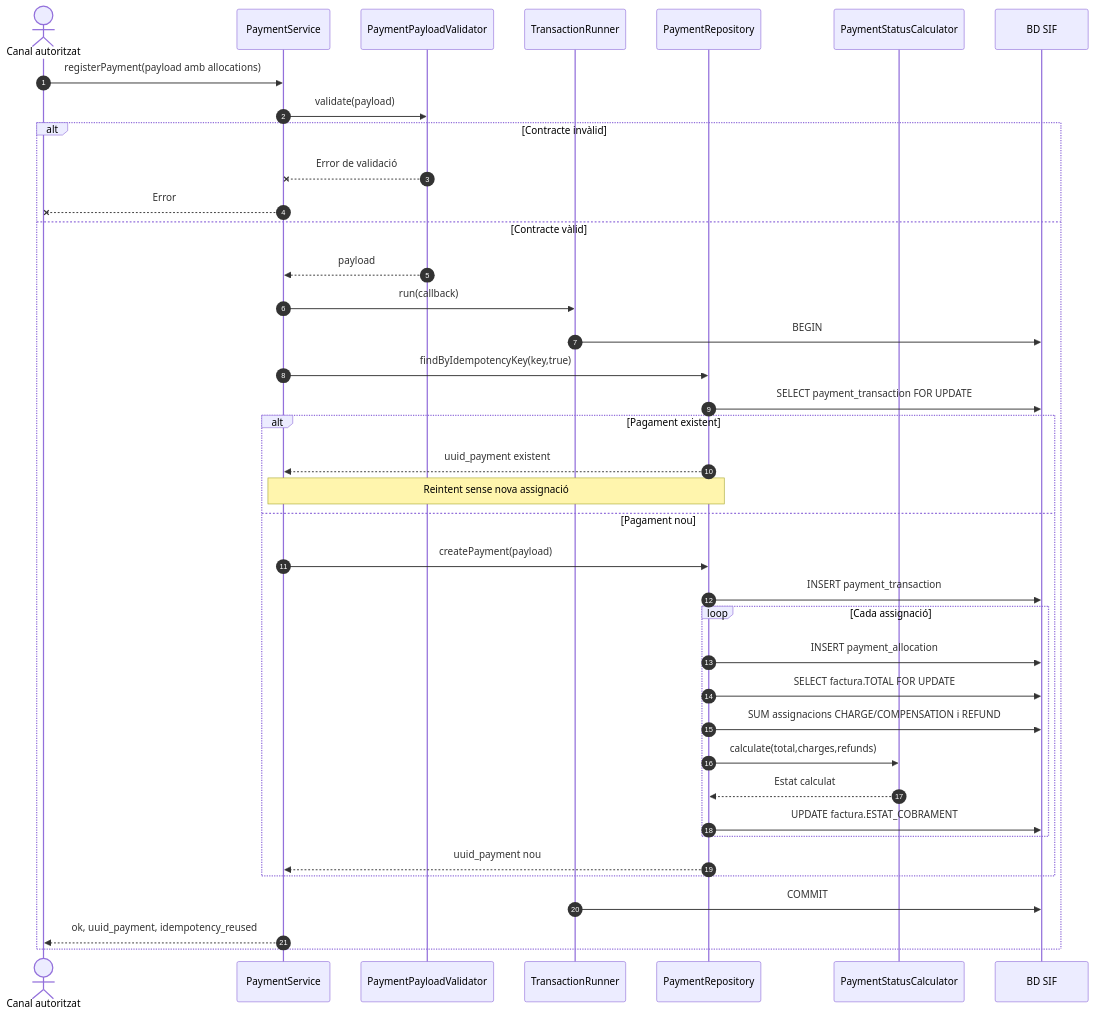
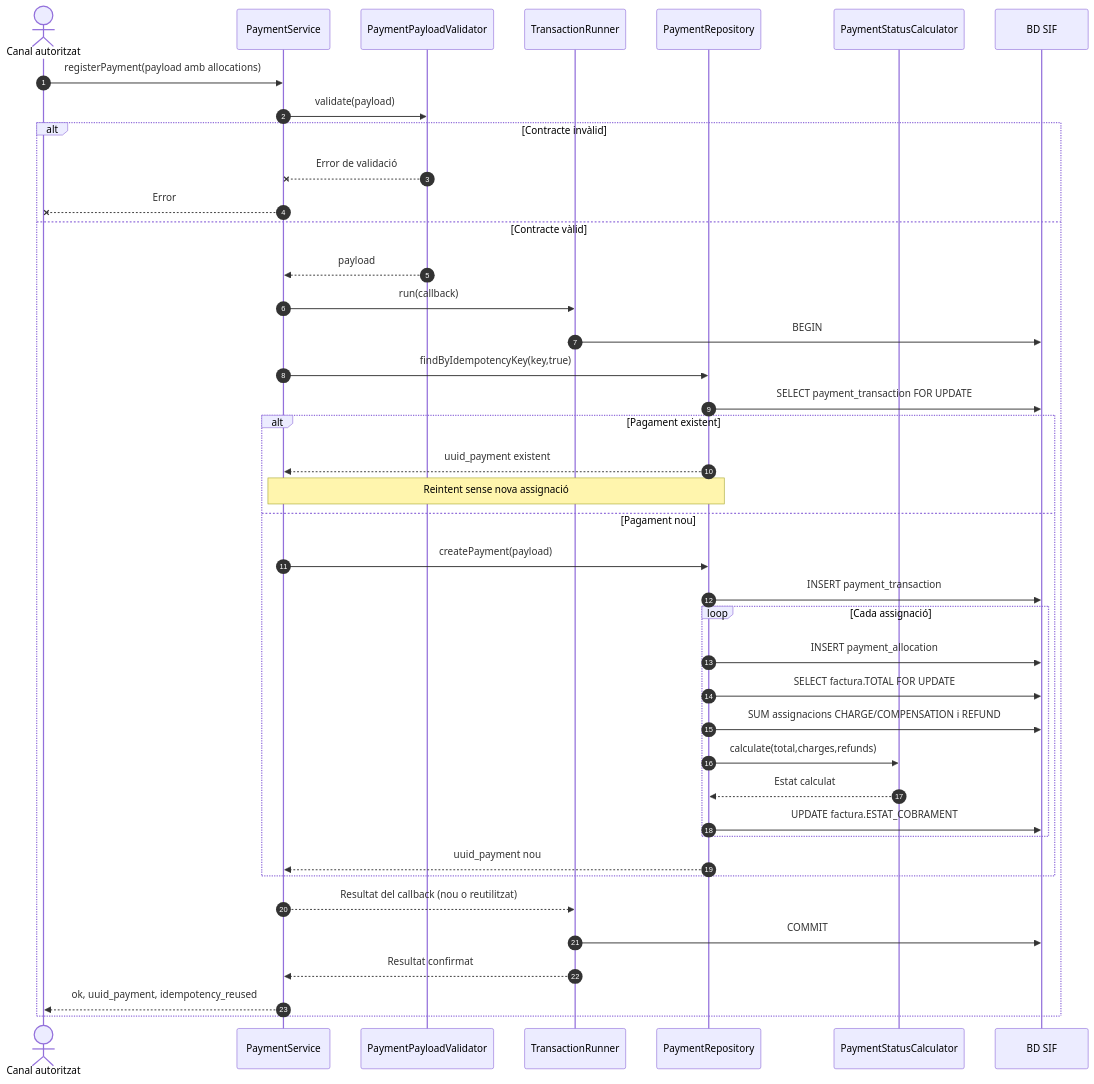
Before and after one commit to orgmeriemprismacat-del/verifactu: the third of 6 diagrams in documentacio/07-uml-integrat/uc-002-registrar-cobrament-factura.md, drawn with Mermaid. The commit also changed other lines of this file, not shown here.

Commit message:
docs(uml): corregir COMMIT UC-02 i separar ingrés, reús contradictori i assignació existent

````diff
--- a/documentacio/07-uml-integrat/uc-002-registrar-cobrament-factura.md
+++ b/documentacio/07-uml-integrat/uc-002-registrar-cobrament-factura.md
@@ -153,41 +153,43 @@
 ```mermaid
 sequenceDiagram
 autonumber
 actor Canal as Canal autoritzat
 participant PS as PaymentService
 participant PV as PaymentPayloadValidator
 participant TR as TransactionRunner
 participant PR as PaymentRepository
 participant Calc as PaymentStatusCalculator
 participant DB as BD SIF
 Canal->>PS: registerPayment(payload amb allocations)
 PS->>PV: validate(payload)
 alt Contracte invàlid
  PV--xPS: Error de validació
  PS--xCanal: Error
 else Contracte vàlid
  PV-->>PS: payload
  PS->>TR: run(callback)
  TR->>DB: BEGIN
  PS->>PR: findByIdempotencyKey(key,true)
  PR->>DB: SELECT payment_transaction FOR UPDATE
  alt Pagament existent
   PR-->>PS: uuid_payment existent
   Note over PS,PR: Reintent sense nova assignació
  else Pagament nou
   PS->>PR: createPayment(payload)
   PR->>DB: INSERT payment_transaction
   loop Cada assignació
    PR->>DB: INSERT payment_allocation
    PR->>DB: SELECT factura.TOTAL FOR UPDATE
    PR->>DB: SUM assignacions CHARGE/COMPENSATION i REFUND
    PR->>Calc: calculate(total,charges,refunds)
    Calc-->>PR: Estat calculat
    PR->>DB: UPDATE factura.ESTAT_COBRAMENT
   end
   PR-->>PS: uuid_payment nou
  end
+ PS-->>TR: Resultat del callback (nou o reutilitzat)
  TR->>DB: COMMIT
+ TR-->>PS: Resultat confirmat
  PS-->>Canal: ok, uuid_payment, idempotency_reused
 end
 ```
````
